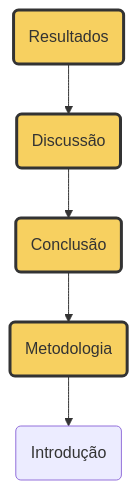
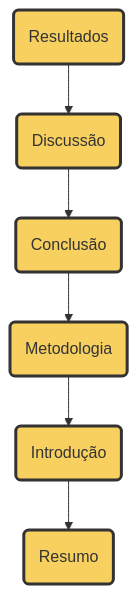
Before and after one commit to francojra/blog_quarto_divulgacao_cientifica: the second of 2 diagrams in curso_escrita_cientifica.qmd, drawn with Mermaid. The commit also changed other lines of this file, not shown here.

````diff
--- a/curso_escrita_cientifica.qmd
+++ b/curso_escrita_cientifica.qmd
@@ -153,16 +152,17 @@
 ```{mermaid}
 
     flowchart TB
 
       id1(Resultados) --> id2(Discussão) 
       id2(Discussão) --> id3(Conclusão)
       id3(Conclusão) --> id4(Metodologia) 
       id4(Metodologia) --> id5(Introdução)
-      id5
+      id5(Introdução) --> id6(Resumo)
       
       style id1 fill:#F7D060,stroke:#333,stroke-width:3px
       style id2 fill:#F7D060,stroke:#333,stroke-width:3px
       style id3 fill:#F7D060,stroke:#333,stroke-width:3px
       style id4 fill:#F7D060,stroke:#333,stroke-width:3px
-      style id4 fill:#F7D060,stroke:#333,stroke-width:3px
+      style id5 fill:#F7D060,stroke:#333,stroke-width:3px
+      style id6 fill:#F7D060,stroke:#333,stroke-width:3px
 ```
````
